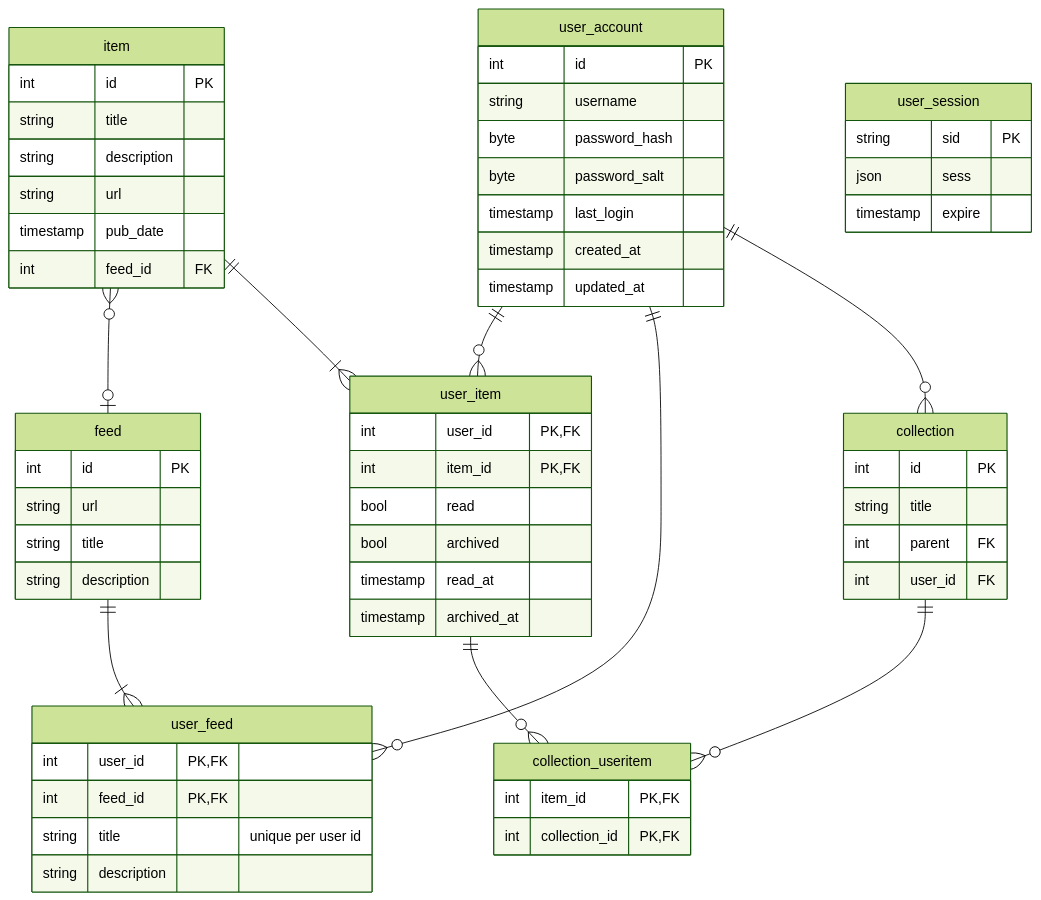
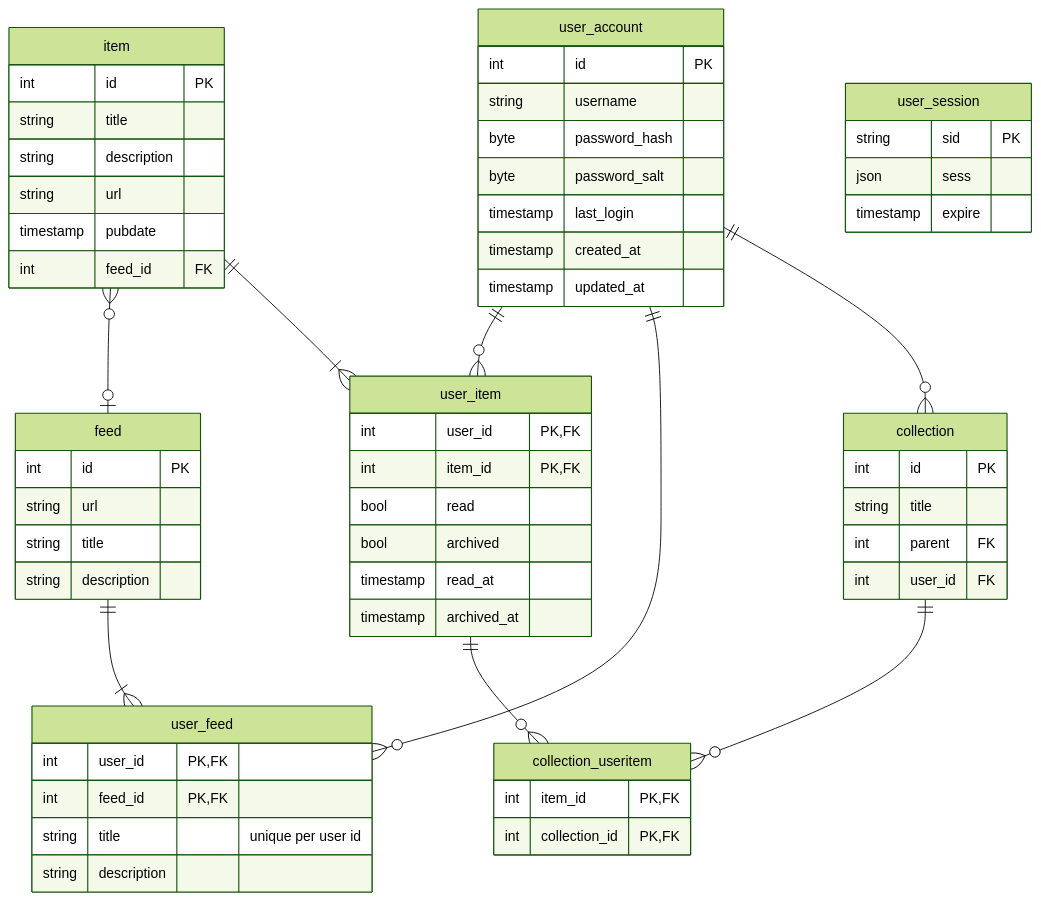
Before and after one commit to tylershelton/inflow: the diagram in database/README.md, drawn with Mermaid (forest theme).

Commit message:
True up column name to actual implementation

````diff
--- a/database/README.md
+++ b/database/README.md
@@ -3,67 +3,67 @@
 ```mermaid
 erDiagram
   collection {
 	  int id PK
 	  string title
 	  int parent FK
 	  int user_id FK
 	}
 	feed {
 		int id PK
 		string url
 		string title
 		string description
 	}
 	item {
 		int id PK
 		string title
 		string description
 		string url
-		timestamp pub_date
+		timestamp pubdate
 		int feed_id FK
 	}
 	user_account {
 		int id PK
 		string username
 		byte password_hash
 		byte password_salt
 		timestamp last_login
 		timestamp created_at
 		timestamp updated_at
 	}
 	user_session {
 		string sid PK
 		json sess
 		timestamp expire
 	}
 	collection_useritem {
 		int item_id PK,FK
 		int collection_id PK,FK
 	}
 	user_feed {
 		int user_id PK,FK
 		int feed_id PK,FK
 		string title "unique per user id"
 		string description
 	}
 	user_item {
 		int user_id PK,FK
 		int item_id PK,FK
 		bool read
 		bool archived
 		timestamp read_at
 		timestamp archived_at
 	}
 	
 	item zero or many -- zero or one feed : ""
 	user_item one -- zero or more collection_useritem : ""
 	item one -- one or more user_item : ""
 
 	user_account one -- zero or more user_item  : ""
 	user_account one -- zero or more user_feed  : ""
 	user_account one -- zero or more collection : ""
 	
 	feed one -- one or more user_feed : ""
 	
 	collection one -- zero or more collection_useritem : ""
 ```
````
